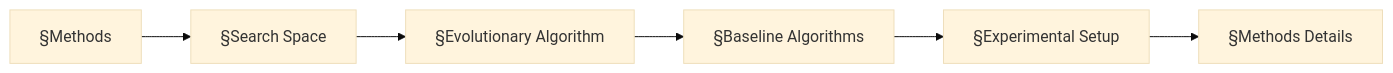
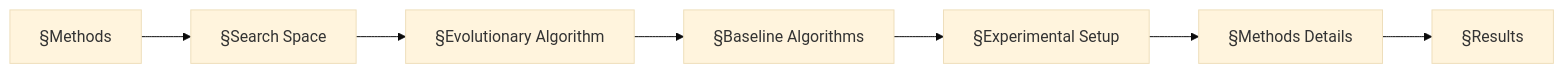
Diagram 16 of 19 in docs/research/work-r3-budget-stop-2026-11-25.md (DarknessLED/dsh-loom), drawn with Mermaid (base theme) before and after one commit. The commit also changed other lines of this file and 39 other files, not shown here.

````diff
--- a/docs/research/work-r3-budget-stop-2026-11-25.md
+++ b/docs/research/work-r3-budget-stop-2026-11-25.md
@@ -1444,14 +1448,16 @@
 ```mermaid
 flowchart LR
   N0["§Methods"]
   N1["§Search Space"]
   N2["§Evolutionary Algorithm"]
   N3["§Baseline Algorithms"]
   N4["§Experimental Setup"]
   N5["§Methods Details"]
+  N6["§Results"]
   N0 --> N1
   N1 --> N2
   N2 --> N3
   N3 --> N4
   N4 --> N5
+  N5 --> N6
 ```
````
